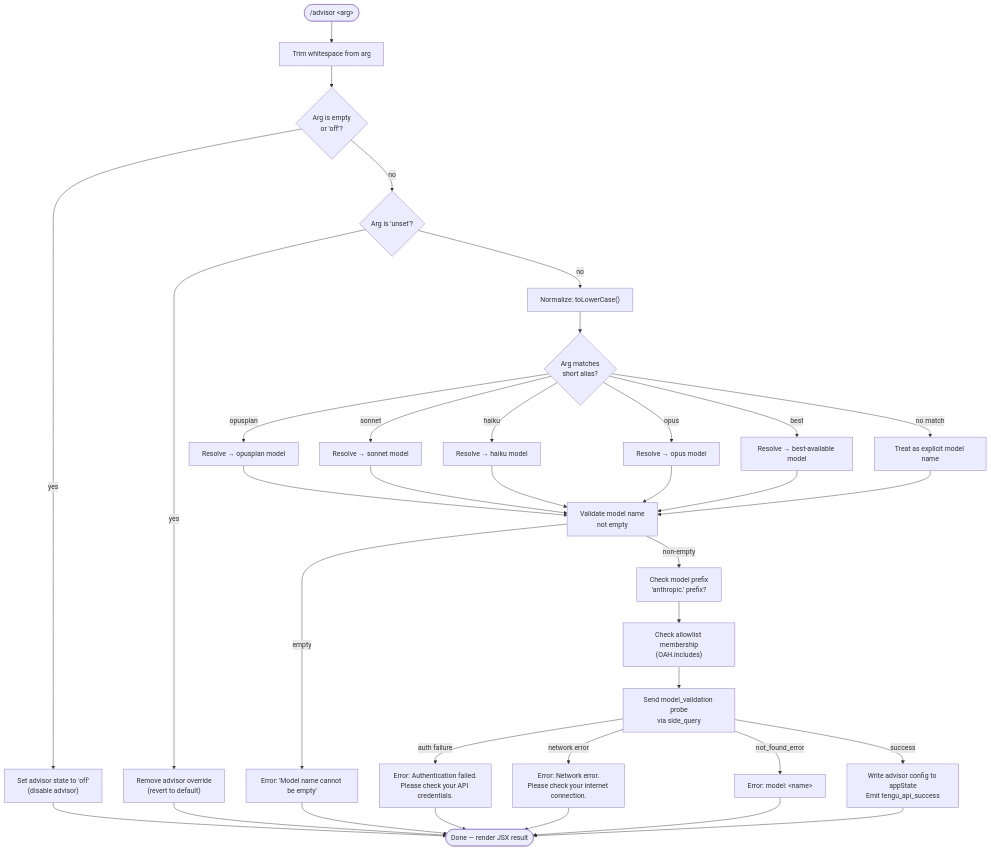
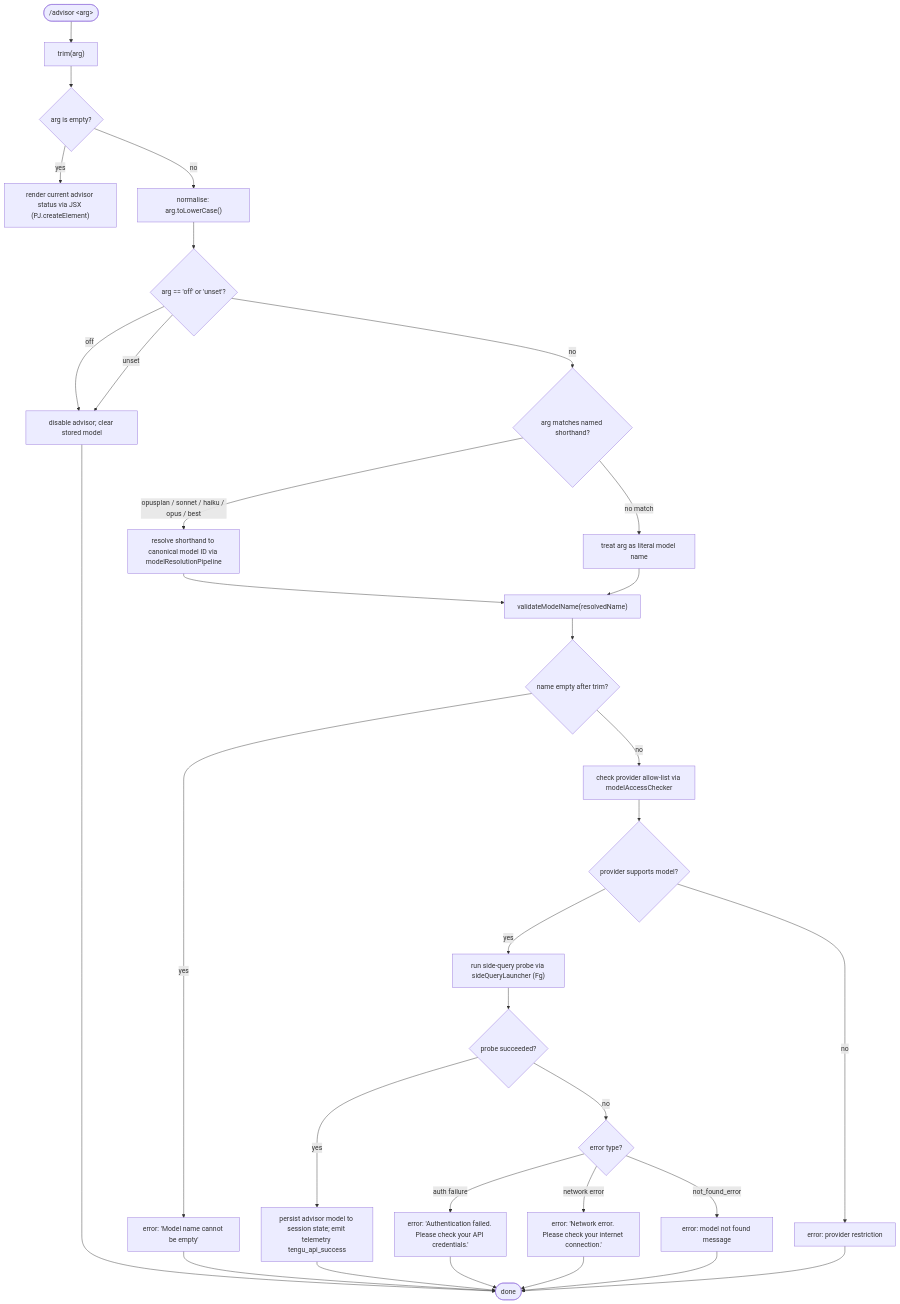
The diagram in versions/v2.1.143/advisor.md (MyLittleLuckyDog/cc-gnothi), drawn with Mermaid before and after one commit. The commit also changed other lines of this file and 87 other files, not shown here.

````diff
--- a/versions/v2.1.143/advisor.md
+++ b/versions/v2.1.143/advisor.md
@@ -46,27 +46,34 @@
 ```mermaid
 flowchart TD
-    A(["/advisor &lt;arg&gt;"]) --> B["Trim whitespace from arg"]
-    B --> C{Arg is empty\nor 'off'?}
-    C -- yes --> D["Set advisor state to 'off'\n(disable advisor)"]
-    C -- no --> E{Arg is 'unset'?}
-    E -- yes --> F["Remove advisor override\n(revert to default)"]
-    E -- no --> G["Normalize: toLowerCase()"]
-    G --> H{Arg matches\nshort alias?}
-    H -- "opusplan" --> I["Resolve → opusplan model"]
-    H -- "sonnet" --> J["Resolve → sonnet model"]
-    H -- "haiku" --> K["Resolve → haiku model"]
-    H -- "opus" --> L["Resolve → opus model"]
-    H -- "best" --> M["Resolve → best-available model"]
-    H -- no match --> N["Treat as explicit model name"]
-    I & J & K & L & M & N --> O["Validate model name\nnot empty"]
-    O -- empty --> P["Error: 'Model name cannot be empty'"]
-    O -- non-empty --> Q["Check model prefix\n'anthropic.' prefix?"]
-    Q --> R["Check allowlist membership\n(OAH.includes)"]
-    R --> S["Send model_validation probe\nvia side_query"]
-    S -- "auth failure" --> T["Error: Authentication failed.\nPlease check your API credentials."]
-    S -- "network error" --> U["Error: Network error.\nPlease check your internet connection."]
-    S -- "not_found_error" --> V["Error: model: &lt;name&gt;"]
-    S -- "success" --> W["Write advisor config to appState\nEmit tengu_api_success"]
-    D & F & W --> X([Done — render JSX result])
-    P & T & U & V --> X
+    A(["/advisor &lt;arg&gt;"]) --> B["trim(arg)"]
+    B --> C{arg is empty?}
+    C -- yes --> D["render current advisor status via JSX (PJ.createElement)"]
+    C -- no --> E["normalise: arg.toLowerCase()"]
+    E --> F{arg == 'off' or 'unset'?}
+    F -- off --> G["disable advisor; clear stored model"]
+    F -- unset --> G
+    F -- no --> H{arg matches named shorthand?}
+    H -- opusplan / sonnet / haiku / opus / best --> I["resolve shorthand to canonical model ID via modelResolutionPipeline"]
+    H -- no match --> J["treat arg as literal model name"]
+    I --> K["validateModelName(resolvedName)"]
+    J --> K
+    K --> L{name empty after trim?}
+    L -- yes --> M["error: 'Model name cannot be empty'"]
+    L -- no --> N["check provider allow-list via modelAccessChecker"]
+    N --> O{provider supports model?}
+    O -- yes --> P["run side-query probe via sideQueryLauncher (Fg)"]
+    O -- no --> Q["error: provider restriction"]
+    P --> R{probe succeeded?}
+    R -- yes --> S["persist advisor model to session state; emit telemetry tengu_api_success"]
+    R -- no --> T{error type?}
+    T -- auth failure --> U["error: 'Authentication failed. Please check your API credentials.'"]
+    T -- network error --> V["error: 'Network error. Please check your internet connection.'"]
+    T -- not_found_error --> W["error: model not found message"]
+    S --> X([done])
+    G --> X
+    M --> X
+    Q --> X
+    U --> X
+    V --> X
+    W --> X
 ```
````
